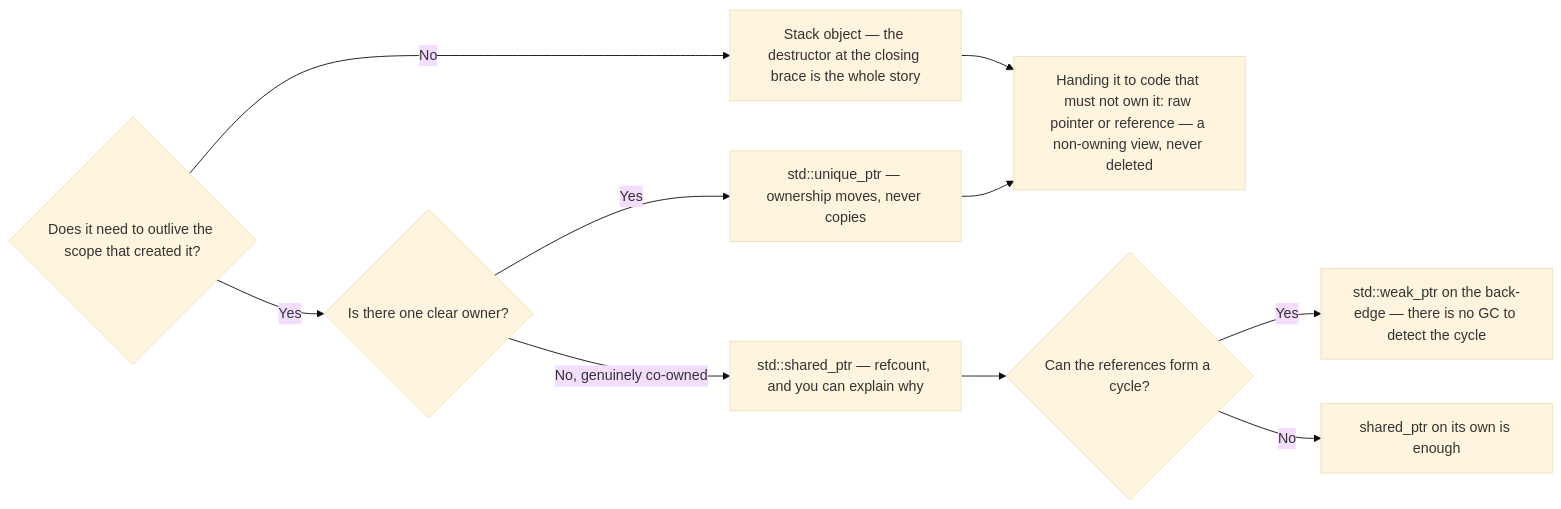
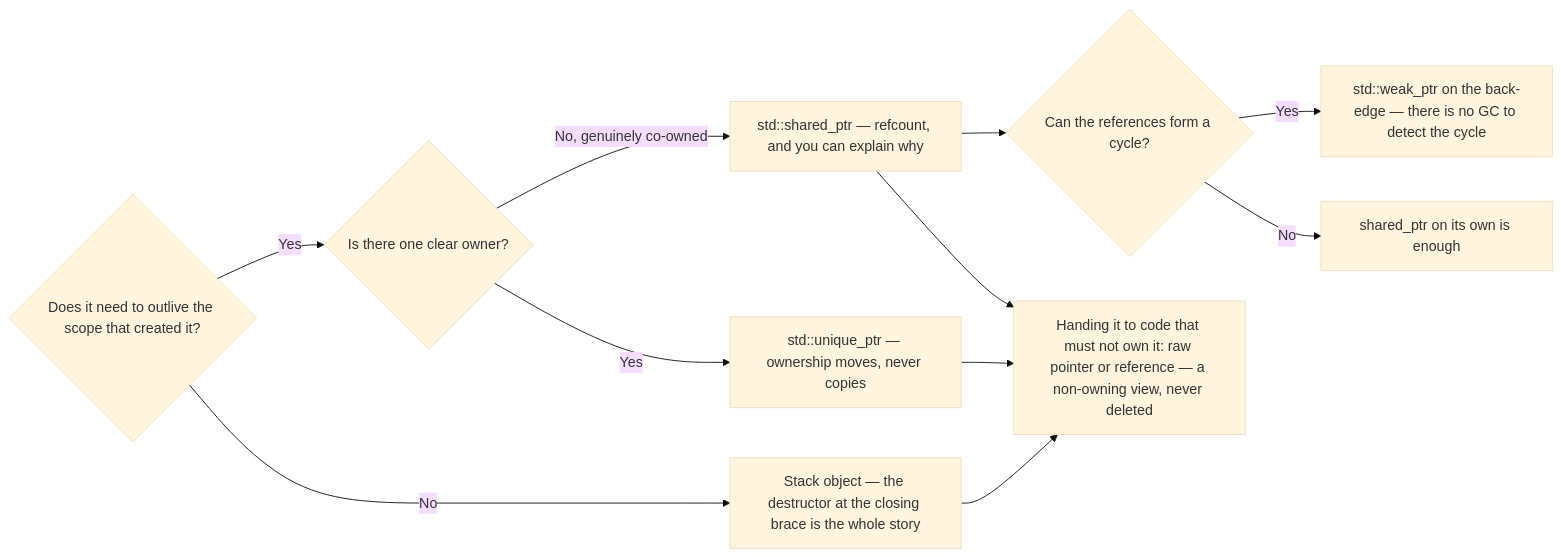
One commit to mkhomutov/going-unmanaged changed the diagram in book/01-ownership-and-raii.md. Above: the diagram before and after it, drawn with Mermaid (base theme). The commit also changed 2 other files, not shown here.

First paragraph of the commit message:
Review fixes: changelog accuracy, diagram placement and one edge
Three corrections found reviewing the branch:

````diff
--- a/book/01-ownership-and-raii.md
+++ b/book/01-ownership-and-raii.md
@@ -41,12 +41,13 @@
 ```mermaid
 flowchart LR
     Q1{"Does it need to outlive the scope that created it?"} -->|No| STK["Stack object — the destructor at the closing brace is the whole story"]
     Q1 -->|Yes| Q2{"Is there one clear owner?"}
     Q2 -->|Yes| UP["std::unique_ptr — ownership moves, never copies"]
     Q2 -->|"No, genuinely co-owned"| SP["std::shared_ptr — refcount, and you can explain why"]
     SP --> Q3{"Can the references form a cycle?"}
     Q3 -->|Yes| WP["std::weak_ptr on the back-edge — there is no GC to detect the cycle"]
     Q3 -->|No| SPOK["shared_ptr on its own is enough"]
     STK --> VIEW["Handing it to code that must not own it: raw pointer or reference — a non-owning view, never deleted"]
     UP --> VIEW
+    SP --> VIEW
 ```
````
